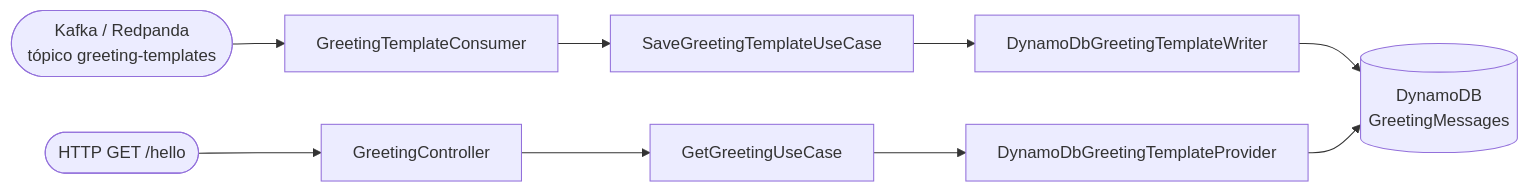
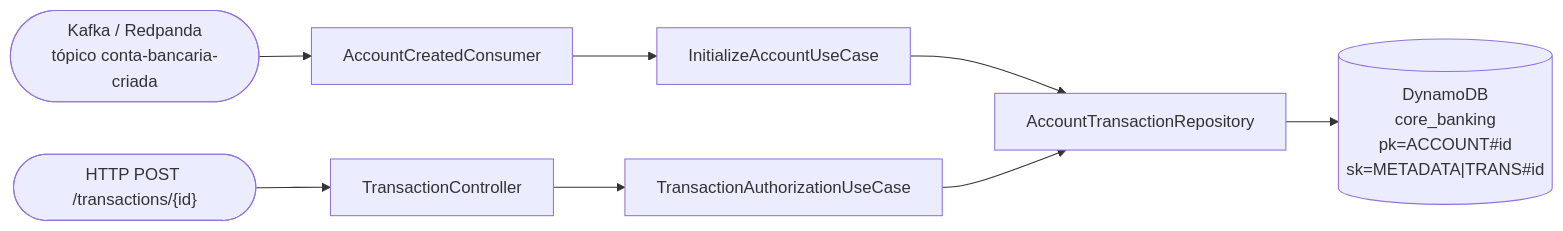
One commit to gleiceellen/core-banking-test changed the second of 2 diagrams in README.md. Above: the diagram before and after it, drawn with Mermaid. The commit also changed other lines of this file and 4 other files, not shown here.

````diff
--- a/README.md
+++ b/README.md
@@ -115,12 +84,11 @@
 ```mermaid
 flowchart LR
-    Kafka(["Kafka / Redpanda<br/>tópico greeting-templates"]) --> Consumer[GreetingTemplateConsumer]
-    Consumer --> SaveUC[SaveGreetingTemplateUseCase]
-    SaveUC --> Writer[DynamoDbGreetingTemplateWriter]
-    Writer --> DB[("DynamoDB<br/>GreetingMessages")]
+    Kafka(["Kafka / Redpanda<br/>tópico conta-bancaria-criada"]) --> Consumer[AccountCreatedConsumer]
+    Consumer --> InitUC[InitializeAccountUseCase]
+    InitUC --> Repo[AccountTransactionRepository]
+    Repo --> DB[("DynamoDB<br/>core_banking<br/>pk=ACCOUNT#id<br/>sk=METADATA|TRANS#id")]
 
-    HTTP(["HTTP GET /hello"]) --> Controller[GreetingController]
-    Controller --> GetUC[GetGreetingUseCase]
-    GetUC --> Provider[DynamoDbGreetingTemplateProvider]
-    Provider --> DB
+    HTTP(["HTTP POST /transactions/{id}"]) --> Controller[TransactionController]
+    Controller --> AuthUC[TransactionAuthorizationUseCase]
+    AuthUC --> Repo
 ```
````
